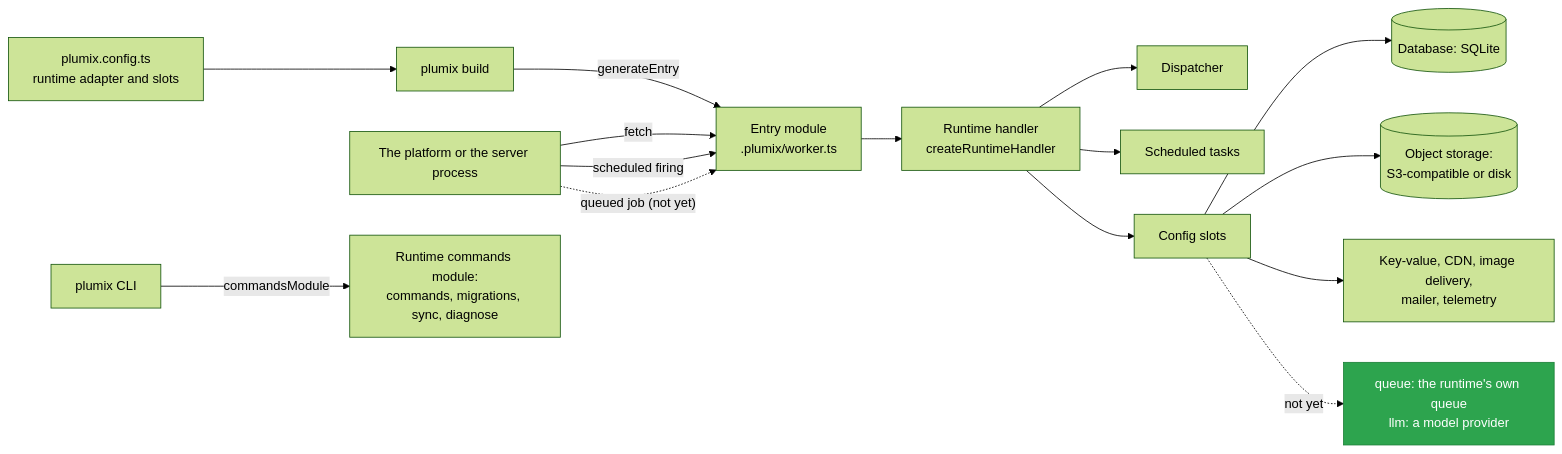
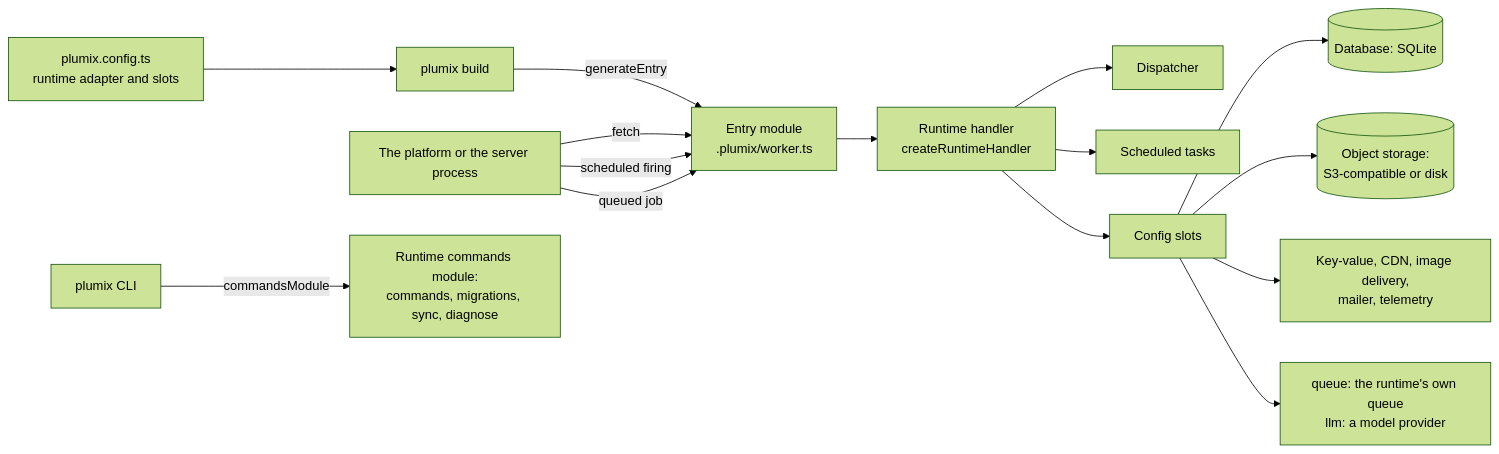
Before and after one commit to withplumix/plumix: the diagram in docs/architecture/runtimes.md, drawn with Mermaid (forest theme). The commit also changed other lines of this file and 23 other files, not shown here.

````diff
--- a/docs/architecture/runtimes.md
+++ b/docs/architecture/runtimes.md
@@ -17,20 +17,17 @@
 ```mermaid
 flowchart LR
   config["plumix.config.ts<br/>runtime adapter and slots"] --> build["plumix build"]
   build -- "generateEntry" --> entry["Entry module<br/>.plumix/worker.ts"]
   platform["The platform or the server process"] -- "fetch" --> entry
   platform -- "scheduled firing" --> entry
-  platform -. "queued job (not yet)" .-> entry
+  platform -- "queued job" --> entry
   entry --> handler["Runtime handler<br/>createRuntimeHandler"]
   handler --> dispatcher["Dispatcher"]
   handler --> sched["Scheduled tasks"]
   handler --> slots["Config slots"]
   slots --> db[("Database: SQLite")]
   slots --> files[("Object storage:<br/>S3-compatible or disk")]
   slots --> other["Key-value, CDN, image delivery,<br/>mailer, telemetry"]
-  slots -. "not yet" .-> later["queue: the runtime's own queue<br/>llm: a model provider"]
+  slots --> qllm["queue: the runtime's own queue<br/>llm: a model provider"]
   cli["plumix CLI"] -- "commandsModule" --> cmds["Runtime commands module:<br/>commands, migrations, sync, diagnose"]
-
-  classDef goal fill:#2da44e,stroke:#1a7f37,color:#fff
-  class later goal
 ```
````
